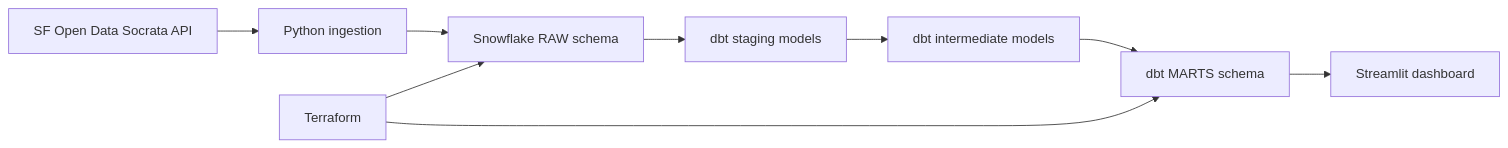
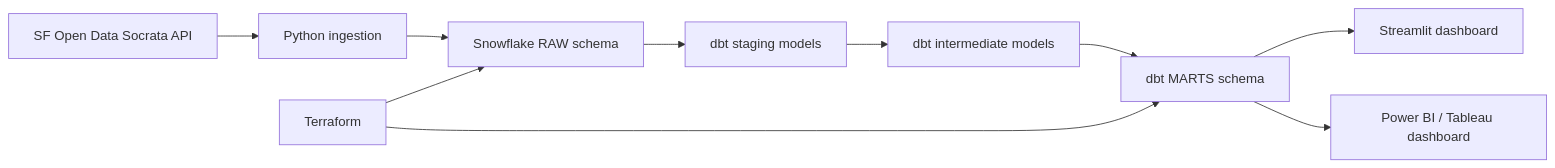
One commit to Chinmay1220/sf-city-pulse changed the diagram in README.md. Above: the diagram before and after it, drawn with Mermaid. The commit also changed other lines of this file and 10 other files, not shown here.

````diff
--- a/README.md
+++ b/README.md
@@ -11,11 +26,12 @@
 ```mermaid
 flowchart LR
     A[SF Open Data Socrata API] --> B[Python ingestion]
     B --> C[Snowflake RAW schema]
     C --> D[dbt staging models]
     D --> E[dbt intermediate models]
     E --> F[dbt MARTS schema]
     F --> G[Streamlit dashboard]
+    F --> I[Power BI / Tableau dashboard]
     H[Terraform] --> C
     H --> F
 ```
````
